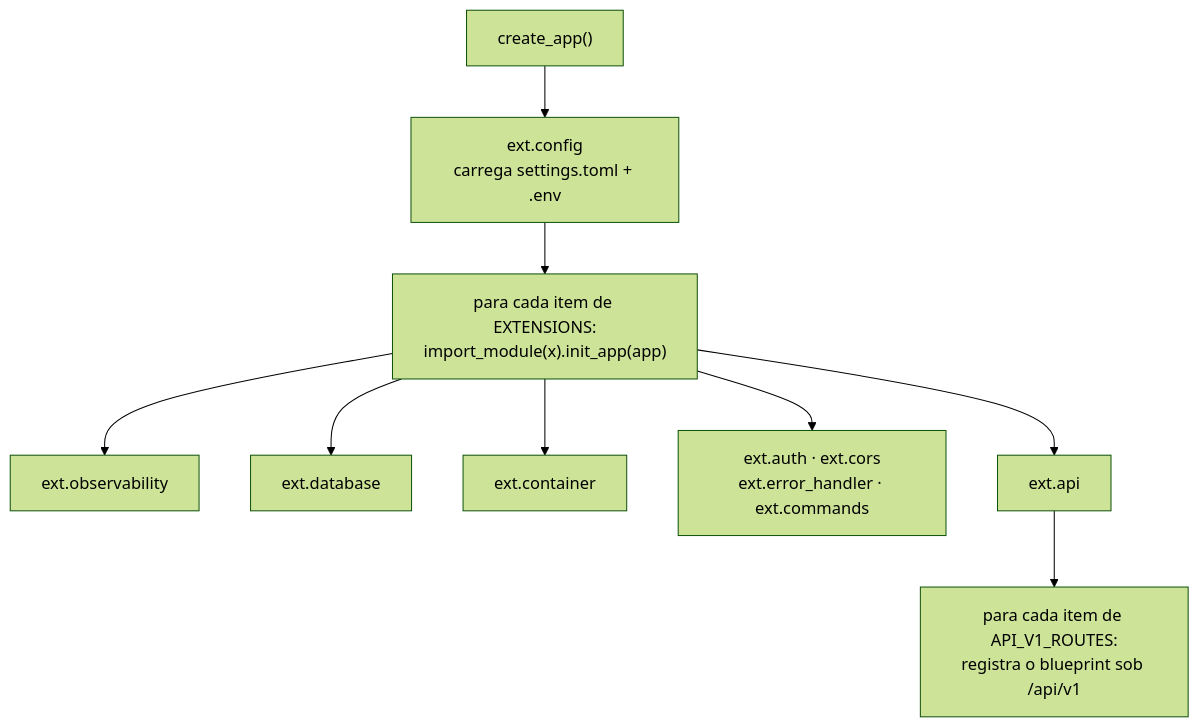
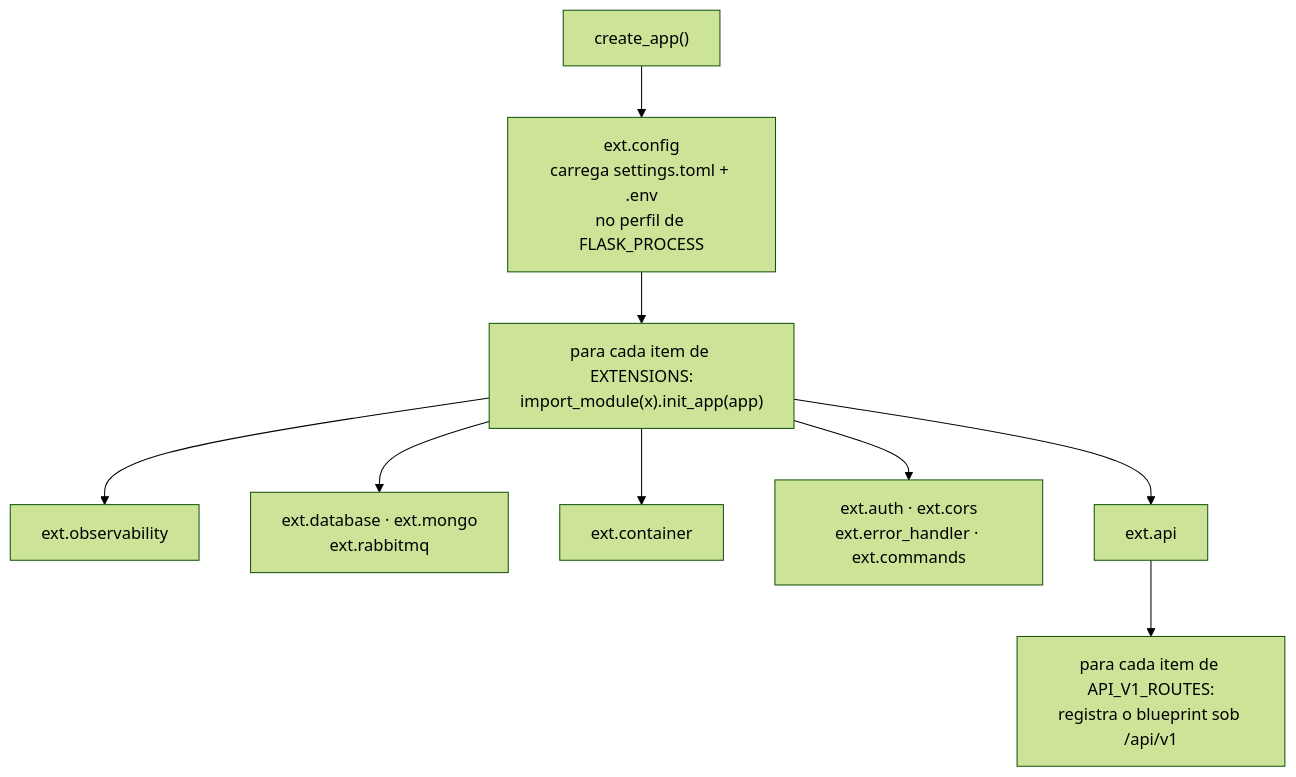
One commit to osurinhu/drive-data-api changed the second of 2 diagrams in documentacao/01-arquitetura.md. Above: the diagram before and after it, drawn with Mermaid (forest theme). The commit also changed other lines of this file and 64 other files, not shown here.

````diff
--- a/documentacao/01-arquitetura.md
+++ b/documentacao/01-arquitetura.md
@@ -25,11 +25,11 @@
 ```mermaid
 flowchart TB
-    AF["create_app()"] --> CFG["ext.config<br/>carrega settings.toml + .env"]
+    AF["create_app()"] --> CFG["ext.config<br/>carrega settings.toml + .env<br/>no perfil de FLASK_PROCESS"]
     CFG --> LOOP["para cada item de EXTENSIONS:<br/>import_module(x).init_app(app)"]
     LOOP --> E1["ext.observability"]
-    LOOP --> E2["ext.database"]
+    LOOP --> E2["ext.database · ext.mongo<br/>ext.rabbitmq"]
     LOOP --> E3["ext.container"]
     LOOP --> E4["ext.auth · ext.cors<br/>ext.error_handler · ext.commands"]
     LOOP --> E5["ext.api"]
     E5 --> ROTAS["para cada item de API_V1_ROUTES:<br/>registra o blueprint sob /api/v1"]
 ```
````
